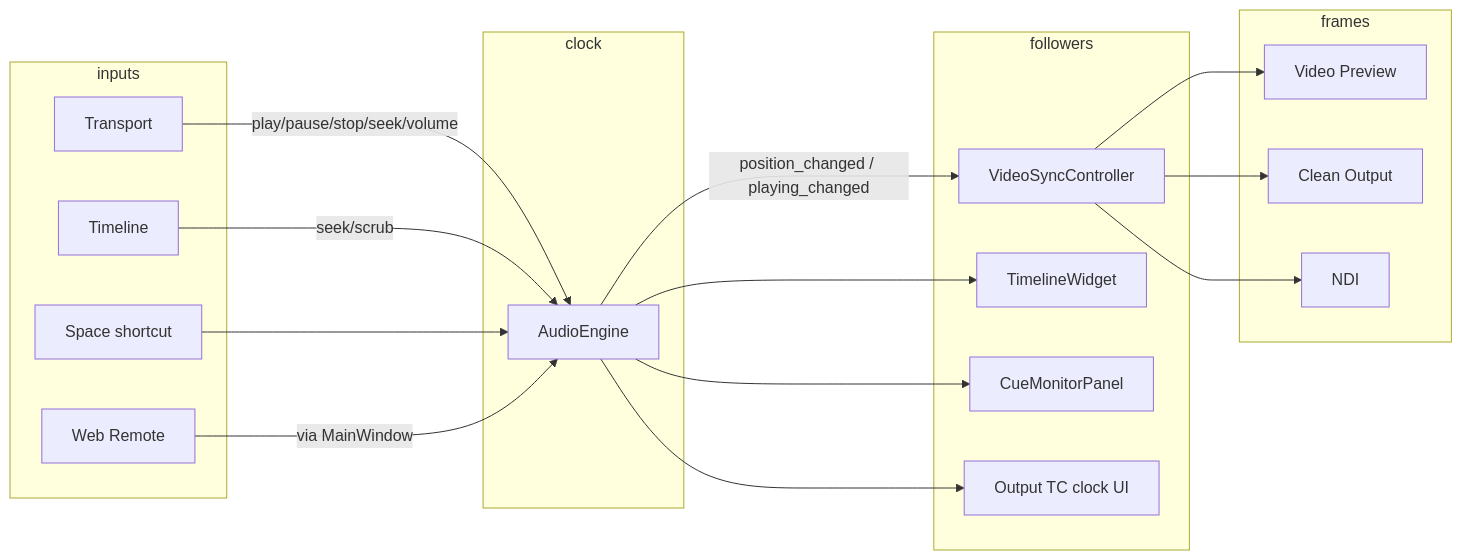
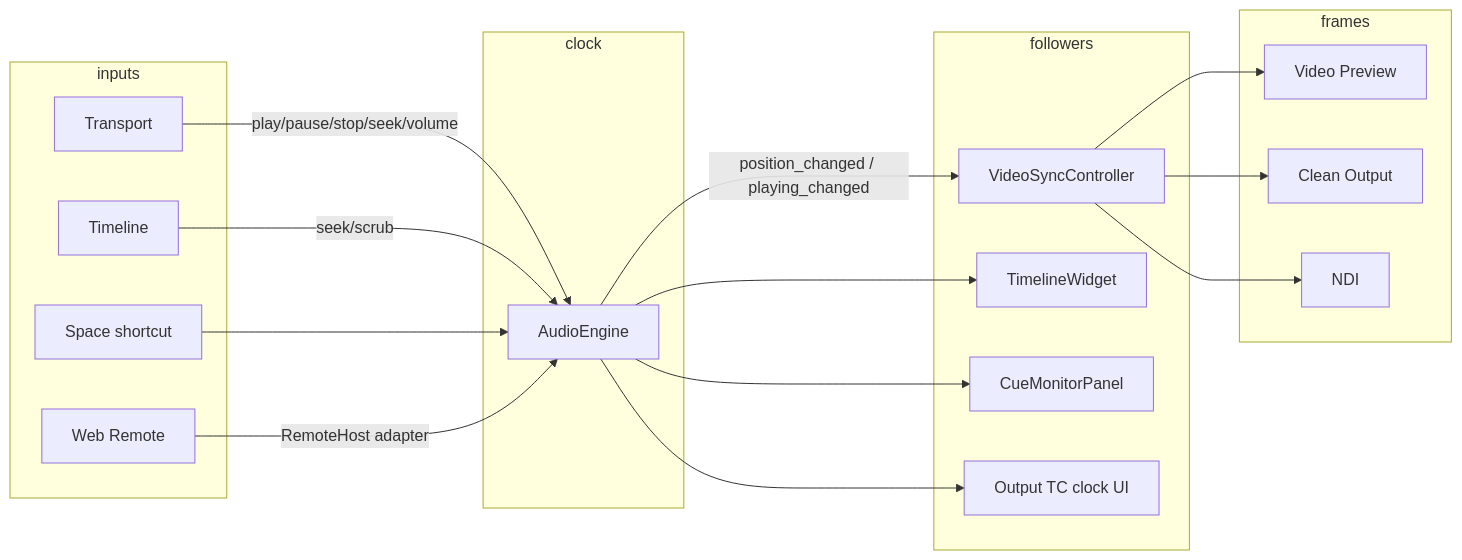
Before and after one commit to zillawillysu-a11y/CuePlayer_didido: the fourth of 4 diagrams in docs/current_architecture.md, drawn with Mermaid. The commit also changed other lines of this file and 12 other files, not shown here.

First line of the commit message:
feat: Sprint 3 Task 2 — RemoteHost boundary for Web Remote

````diff
--- a/docs/current_architecture.md
+++ b/docs/current_architecture.md
@@ -583,38 +647,38 @@
 ```mermaid
 flowchart LR
   subgraph inputs
     Transport
     Timeline
     Space[Space shortcut]
     Remote[Web Remote]
   end
 
   subgraph clock
     AE[AudioEngine]
   end
 
   subgraph followers
     VS[VideoSyncController]
     TL[TimelineWidget]
     Mon[CueMonitorPanel]
     OutTC[Output TC clock UI]
   end
 
   subgraph frames
     Prev[Video Preview]
     Clean[Clean Output]
     NDI[NDI]
   end
 
   Transport -->|play/pause/stop/seek/volume| AE
   Timeline -->|seek/scrub| AE
   Space --> AE
-  Remote -->|via MainWindow| AE
+  Remote -->|RemoteHost adapter| AE
   AE -->|position_changed / playing_changed| VS
   AE --> TL
   AE --> Mon
   AE --> OutTC
   VS --> Prev
   VS --> Clean
   VS --> NDI
 ```
````
